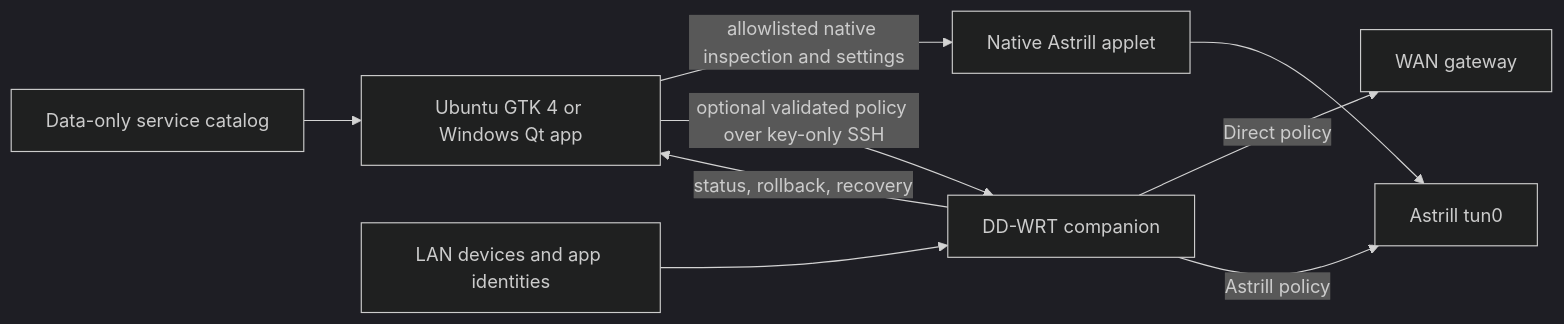
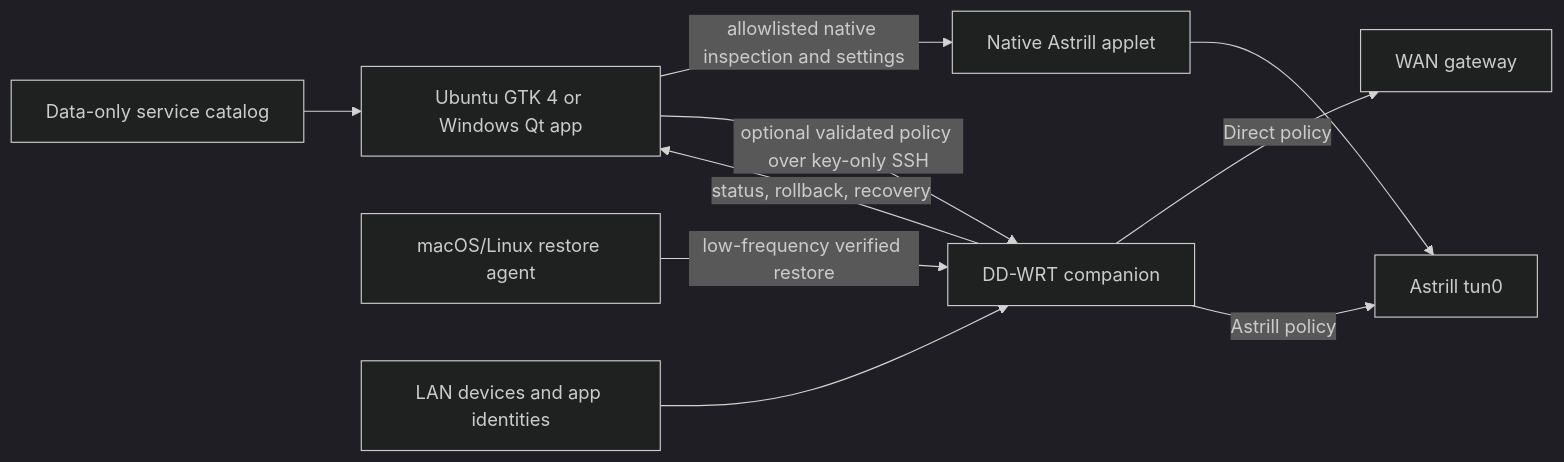
Before and after one commit to lachlanchen/astrill-lazy-router: the diagram in README.md, drawn with Mermaid (dark theme). The commit also changed other lines of this file and 56 other files, not shown here.

````diff
--- a/README.md
+++ b/README.md
@@ -79,11 +80,12 @@
 ```mermaid
 flowchart LR
     GUI["Ubuntu GTK 4 or Windows Qt app"] -->|"allowlisted native inspection and settings"| APPLET["Native Astrill applet"]
-    GUI -->|"optional validated policy over key-only SSH"| CTRL["DD-WRT companion"]
+    HOST["macOS/Linux restore agent"] -->|"low-frequency verified restore"| CTRL["DD-WRT companion"]
+    GUI -->|"optional validated policy over key-only SSH"| CTRL
     CATALOG["Data-only service catalog"] --> GUI
     LAN["LAN devices and app identities"] --> CTRL
     CTRL -->|"Direct policy"| WAN["WAN gateway"]
     CTRL -->|"Astrill policy"| TUN["Astrill tun0"]
     APPLET --> TUN
     CTRL -->|"status, rollback, recovery"| GUI
 ```
````
